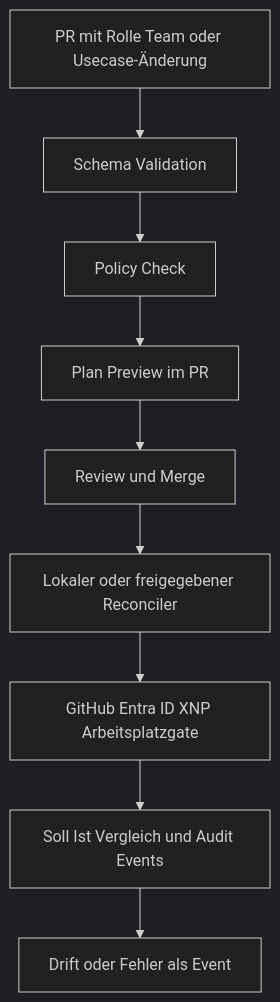
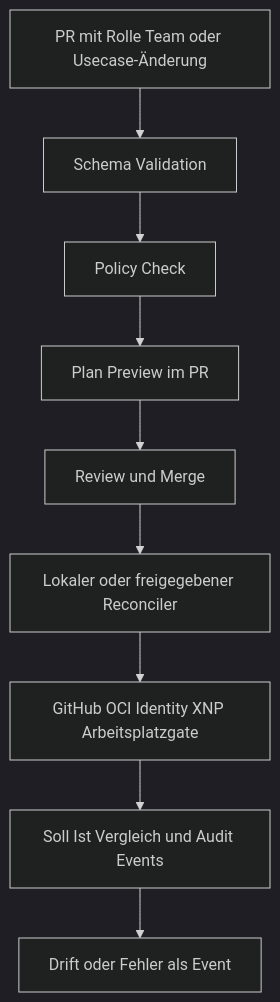
One commit to notariat8/NaC changed the diagram in docs/de/oac-enterprise-control-plane-mvp.md. Above: the diagram before and after it, drawn with Mermaid (dark theme). The commit also changed other lines of this file and 25 other files, not shown here.

Commit message:
feat: add oci tenant identity dry run

````diff
--- a/docs/de/oac-enterprise-control-plane-mvp.md
+++ b/docs/de/oac-enterprise-control-plane-mvp.md
@@ -42,11 +42,11 @@
 ```mermaid
 flowchart TD
     A[PR mit Rolle Team oder Usecase-Änderung] --> B[Schema Validation]
     B --> C[Policy Check]
     C --> D[Plan Preview im PR]
     D --> E[Review und Merge]
     E --> F[Lokaler oder freigegebener Reconciler]
-    F --> G[GitHub Entra ID XNP Arbeitsplatzgate]
+    F --> G[GitHub OCI Identity XNP Arbeitsplatzgate]
     G --> H[Soll Ist Vergleich und Audit Events]
     H --> I[Drift oder Fehler als Event]
 ```
````
